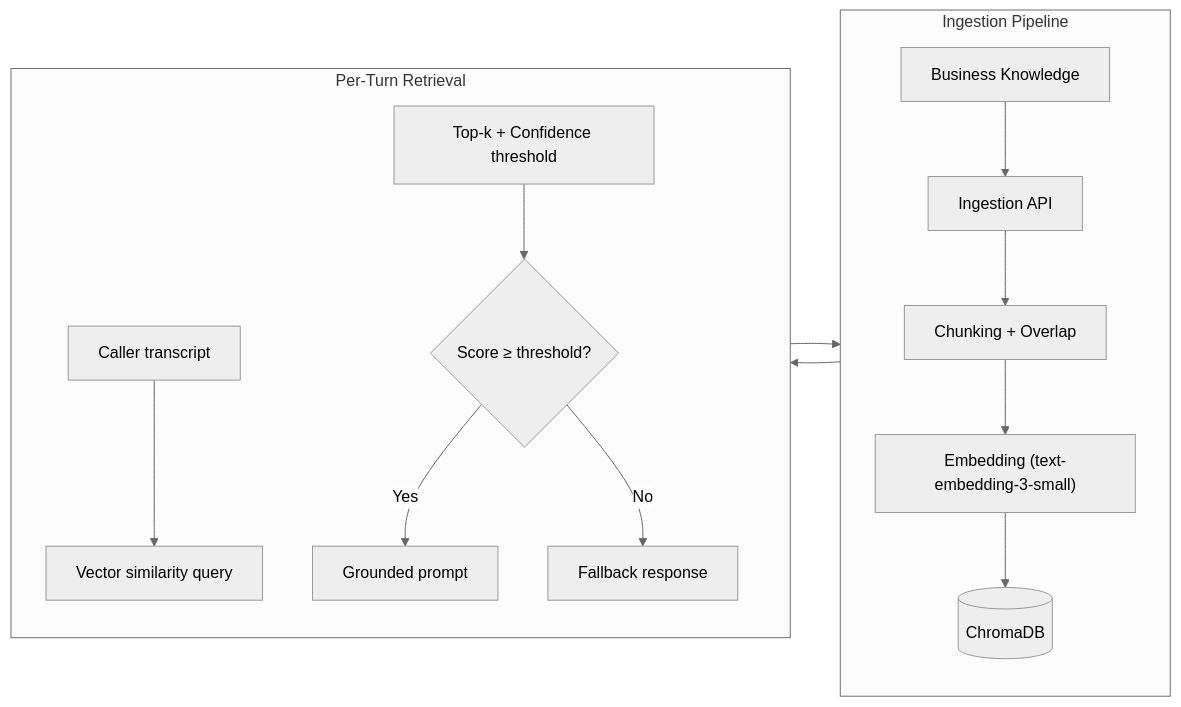
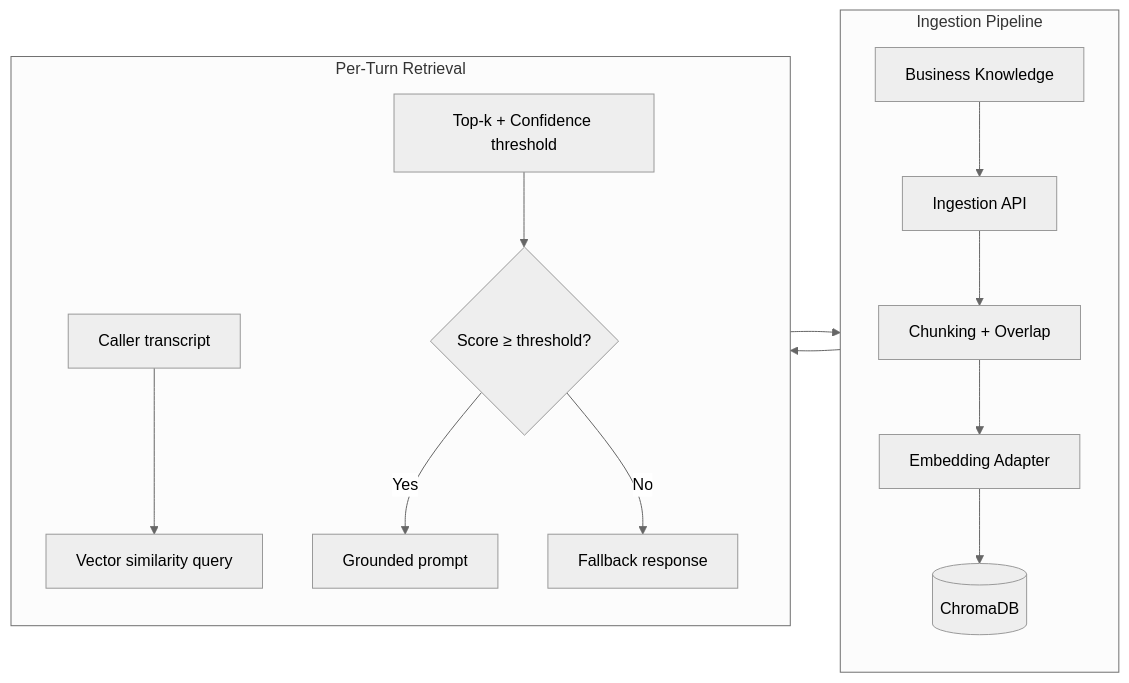
One commit to ansuman-shukla/cozmo-ai changed the fourth of 7 diagrams in deliverables/PLATFORM_ARCHITECTURE.md. Above: the diagram before and after it, drawn with Mermaid (neutral theme). The commit also changed other lines of this file and 4 other files, not shown here.

Commit message:
docs: update platform architecture, scalability estimates, and observability documentation

````diff
--- a/deliverables/PLATFORM_ARCHITECTURE.md
+++ b/deliverables/PLATFORM_ARCHITECTURE.md
@@ -200,20 +200,20 @@
 ```mermaid
 flowchart LR
     subgraph Ingestion["Ingestion Pipeline"]
         direction TB
         S1["Business Knowledge"] --> S2["Ingestion API"]
         S2 --> S3["Chunking + Overlap"]
-        S3 --> S4["Embedding (text-embedding-3-small)"]
+        S3 --> S4["Embedding Adapter"]
         S4 --> S5[("ChromaDB")]
     end
 
     subgraph Retrieval["Per-Turn Retrieval"]
         direction TB
         Q1["Caller transcript"] --> Q2["Vector similarity query"]
         Q2 --> S5
         S5 --> Q3["Top-k + Confidence threshold"]
         Q3 --> Q4{"Score ≥ threshold?"}
         Q4 -->|Yes| Q5["Grounded prompt"]
         Q4 -->|No| Q6["Fallback response"]
     end
 ```
````
